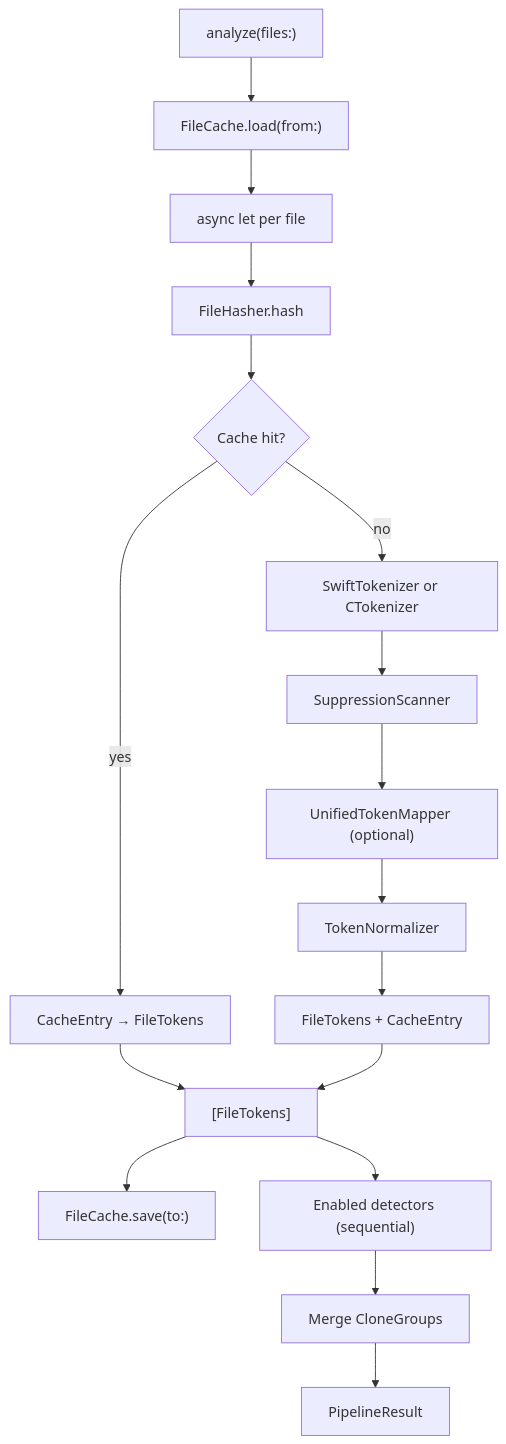
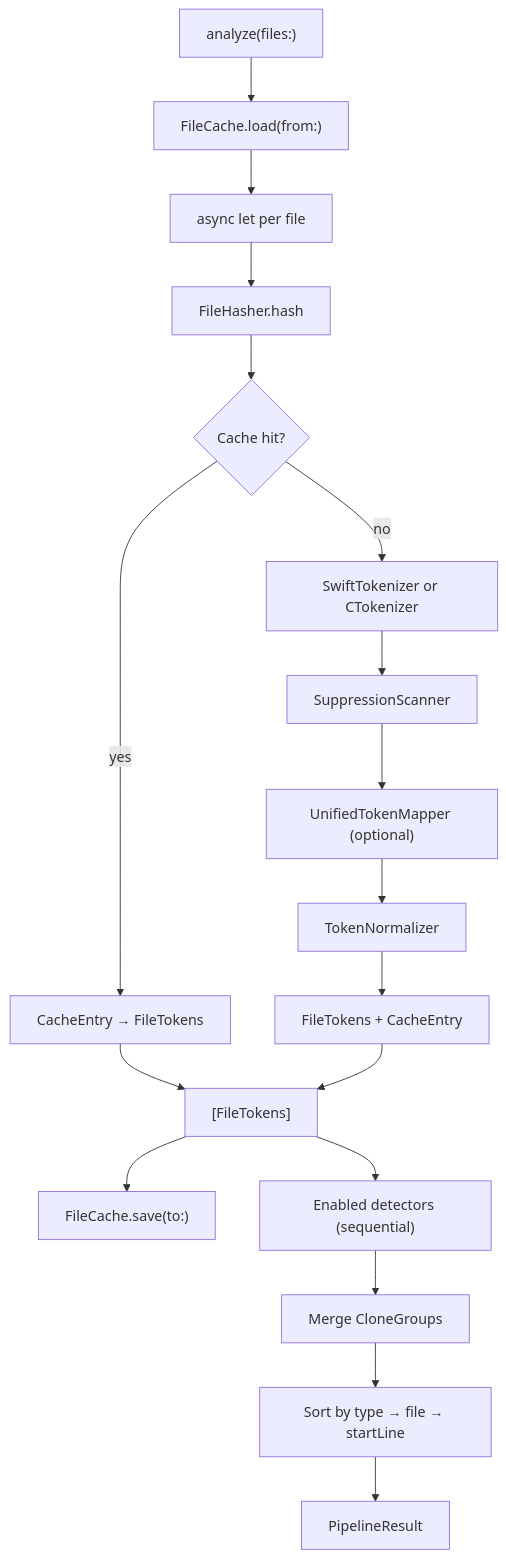
Before and after one commit to ericodx/swift-cpd: the diagram in Docs/CodeBase/04-pipeline.md, drawn with Mermaid. The commit also changed other lines of this file and 3 other files, not shown here.

````diff
--- a/Docs/CodeBase/04-pipeline.md
+++ b/Docs/CodeBase/04-pipeline.md
@@ -39,19 +39,20 @@
 ```mermaid
 flowchart TD
     A["analyze(files:)"] --> B["FileCache.load(from:)"]
     B --> C["async let per file"]
     C --> D["FileHasher.hash"]
     D --> E{Cache hit?}
     E -- yes --> F["CacheEntry → FileTokens"]
     E -- no --> G["SwiftTokenizer or CTokenizer"]
     G --> H["SuppressionScanner"]
     H --> I["UnifiedTokenMapper (optional)"]
     I --> J["TokenNormalizer"]
     J --> K["FileTokens + CacheEntry"]
     F --> L["[FileTokens]"]
     K --> L
     L --> M["FileCache.save(to:)"]
     L --> N["Enabled detectors (sequential)"]
     N --> O["Merge CloneGroups"]
-    O --> P["PipelineResult"]
+    O --> P["Sort by type → file → startLine"]
+    P --> Q["PipelineResult"]
 ```
````
